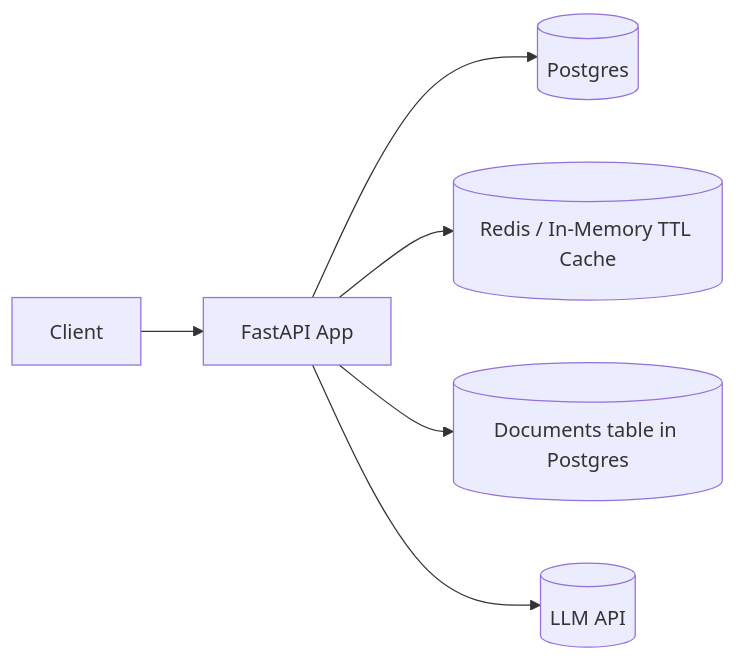
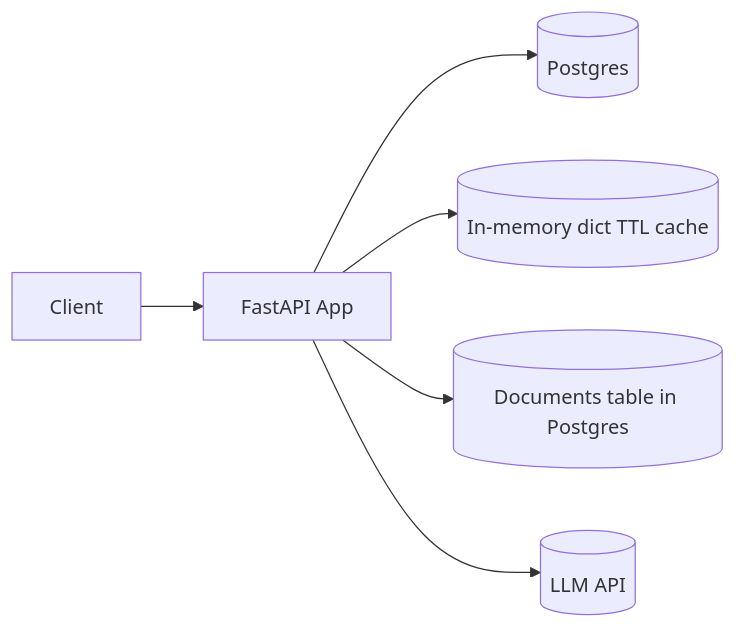
Before and after one commit to rishabhnagardev/bot-gpt-backend: the first of 4 diagrams in README.md, drawn with Mermaid. The commit also changed other lines of this file, not shown here.

````diff
--- a/README.md
+++ b/README.md
@@ -87,8 +34,8 @@
 ```mermaid
 flowchart LR
   A[Client] --> C[FastAPI App]
   C --> D[(Postgres)]
-  C --> E[(Redis / In-Memory TTL Cache)]
+  C --> E[(In-memory dict TTL cache)]
   C --> DOC[(Documents table in Postgres)]
   C --> G[(LLM API)]
 ```
````
